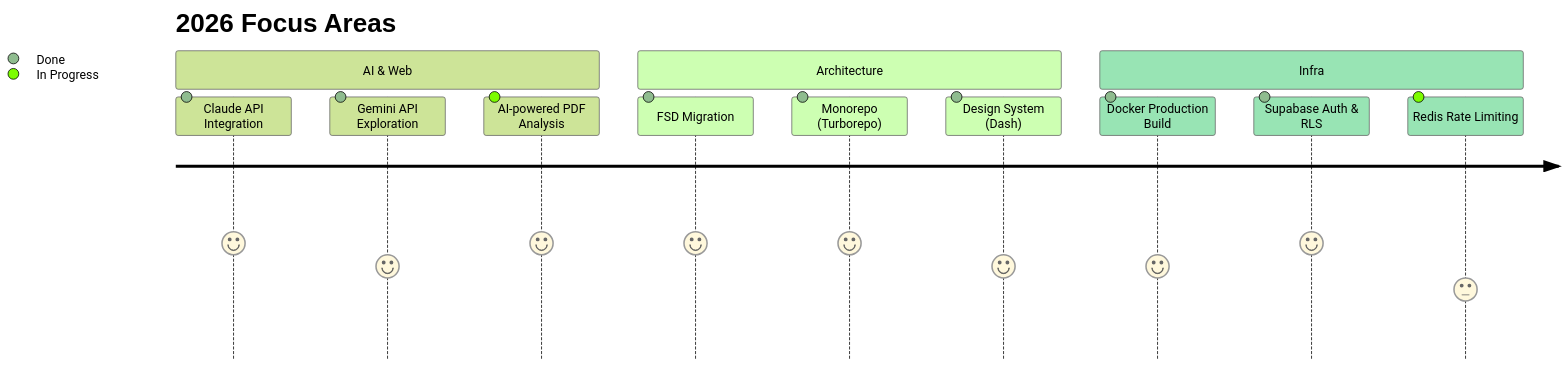
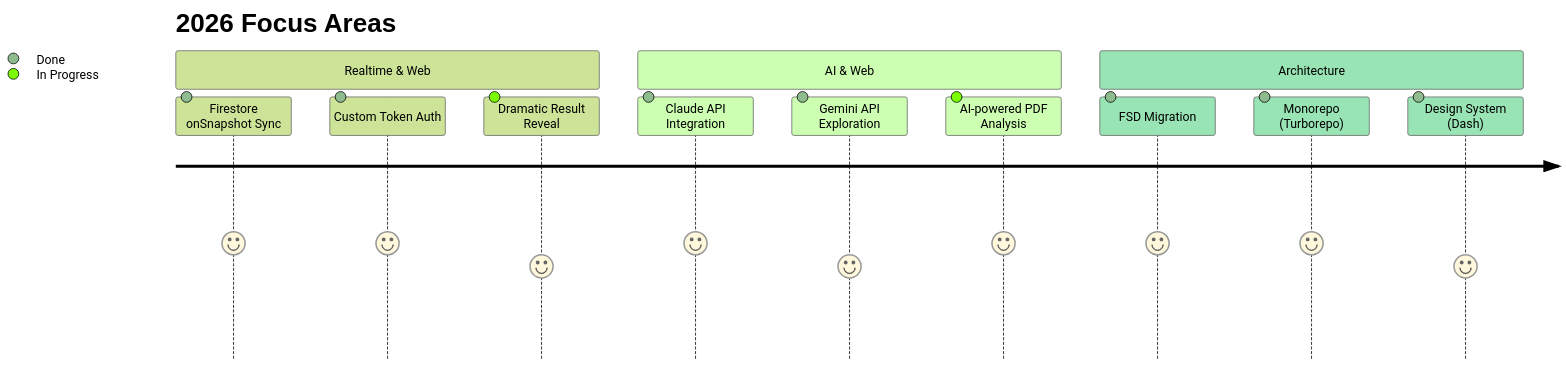
Before and after one commit to sgd122/sgd122: the diagram in README.md, drawn with Mermaid (forest theme). The commit also changed other lines of this file, not shown here.

Commit message:
docs: README를 GDG Busan 해커톤 투표 플랫폼 기준으로 갱신 (#2)
Currently Working On / 2026 Focus Areas / Stack 섹션을 실시간 투표
플랫폼(Next.js 16 + React 19 + Cloud Firestore) 내용으로 업데이트.

````diff
--- a/README.md
+++ b/README.md
@@ -26,16 +26,16 @@
 ```mermaid
 journey
     title 2026 Focus Areas
+    section Realtime & Web
+      Firestore onSnapshot Sync: 5: Done
+      Custom Token Auth: 5: Done
+      Dramatic Result Reveal: 4: In Progress
     section AI & Web
       Claude API Integration: 5: Done
       Gemini API Exploration: 4: Done
       AI-powered PDF Analysis: 5: In Progress
     section Architecture
       FSD Migration: 5: Done
       Monorepo (Turborepo): 5: Done
       Design System (Dash): 4: Done
-    section Infra
-      Docker Production Build: 4: Done
-      Supabase Auth & RLS: 5: Done
-      Redis Rate Limiting: 3: In Progress
 ```
````
